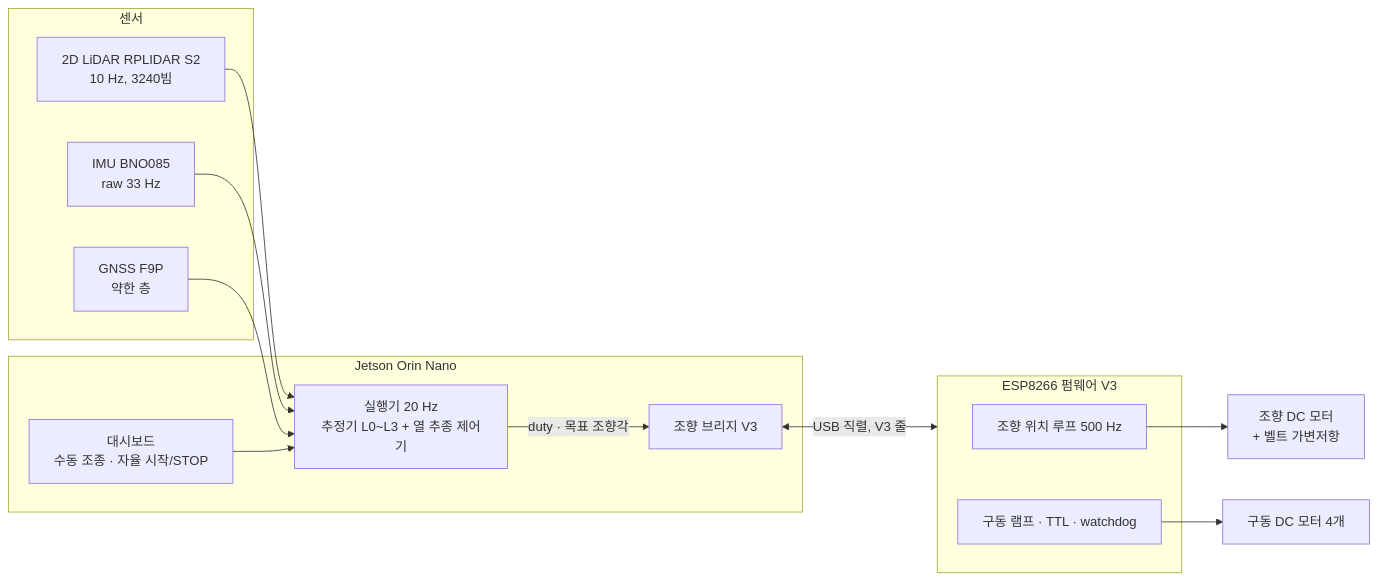
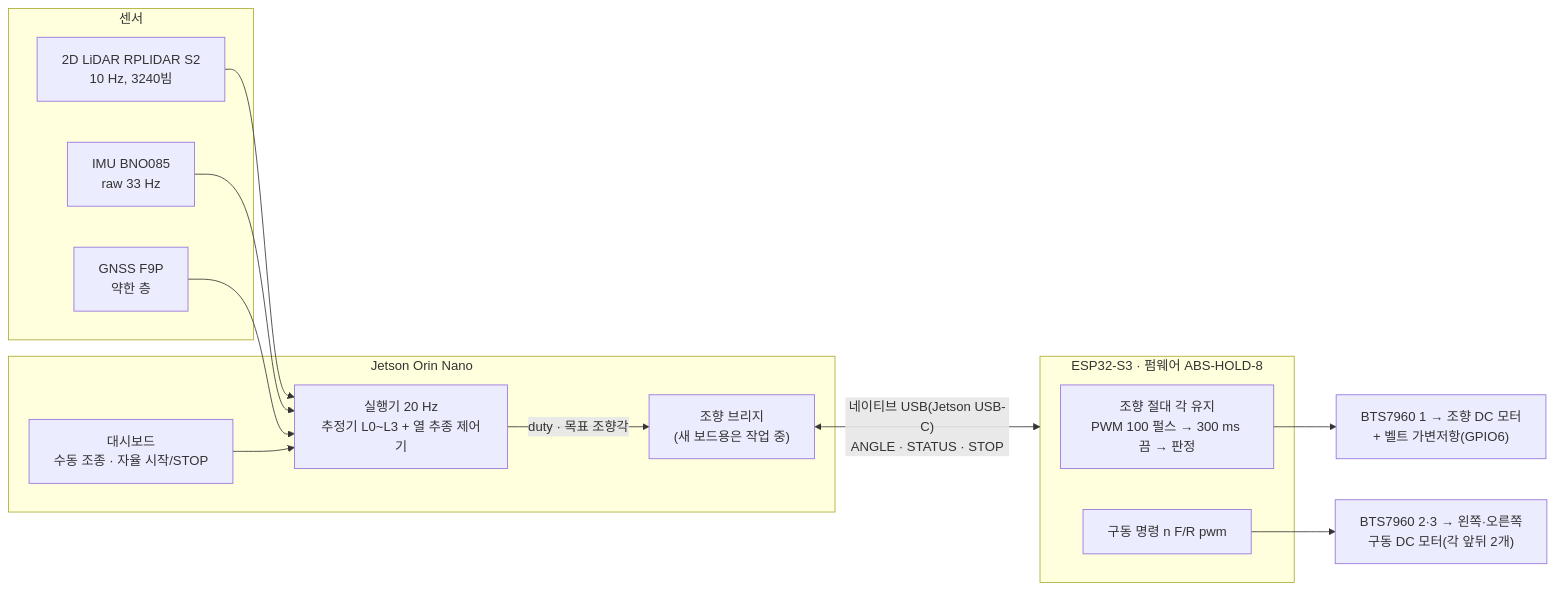
Before and after one commit to 2026-BTS-UNI-Car/unist_orchard_simulation: the first of 2 diagrams in README.md, drawn with Mermaid. The commit also changed other lines of this file and 29 other files, not shown here.

First line of the commit message:
Add the measured-dimension profile and an ABS-HOLD-8 steering law mode for the SIM ESP emulator

````diff
--- a/README.md
+++ b/README.md
@@ -46,25 +51,25 @@
 ```mermaid
 flowchart LR
   subgraph SENS["센서"]
     LI["2D LiDAR RPLIDAR S2<br/>10 Hz, 3240빔"]
     IM["IMU BNO085<br/>raw 33 Hz"]
     GN["GNSS F9P<br/>약한 층"]
   end
   subgraph JET["Jetson Orin Nano"]
     EXE["실행기 20 Hz<br/>추정기 L0~L3 + 열 추종 제어기"]
-    BR["조향 브리지 V3"]
+    BR["조향 브리지<br/>(새 보드용은 작업 중)"]
     DB["대시보드<br/>수동 조종 · 자율 시작/STOP"]
   end
-  subgraph ESP["ESP8266 펌웨어 V3"]
-    SV["조향 위치 루프 500 Hz"]
-    DR["구동 램프 · TTL · watchdog"]
+  subgraph ESP["ESP32-S3 · 펌웨어 ABS-HOLD-8"]
+    SV["조향 절대 각 유지<br/>PWM 100 펄스 → 300 ms 끔 → 판정"]
+    DR["구동 명령 n F/R pwm"]
   end
   LI --> EXE
   IM --> EXE
   GN --> EXE
   DB --> EXE
   EXE -->|"duty · 목표 조향각"| BR
-  BR <-->|"USB 직렬, V3 줄"| ESP
-  SV --> SM["조향 DC 모터<br/>+ 벨트 가변저항"]
-  DR --> DM["구동 DC 모터 4개"]
+  BR <-->|"네이티브 USB(Jetson USB-C)<br/>ANGLE · STATUS · STOP"| ESP
+  SV --> SM["BTS7960 1 → 조향 DC 모터<br/>+ 벨트 가변저항(GPIO6)"]
+  DR --> DM["BTS7960 2·3 → 왼쪽·오른쪽<br/>구동 DC 모터(각 앞뒤 2개)"]
 ```
````
